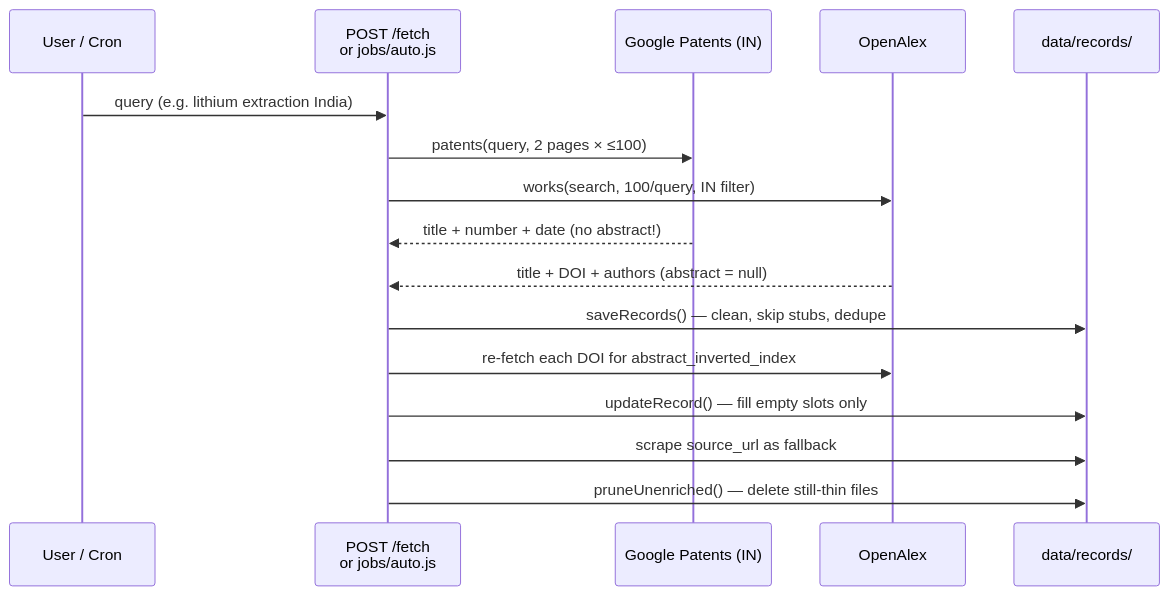
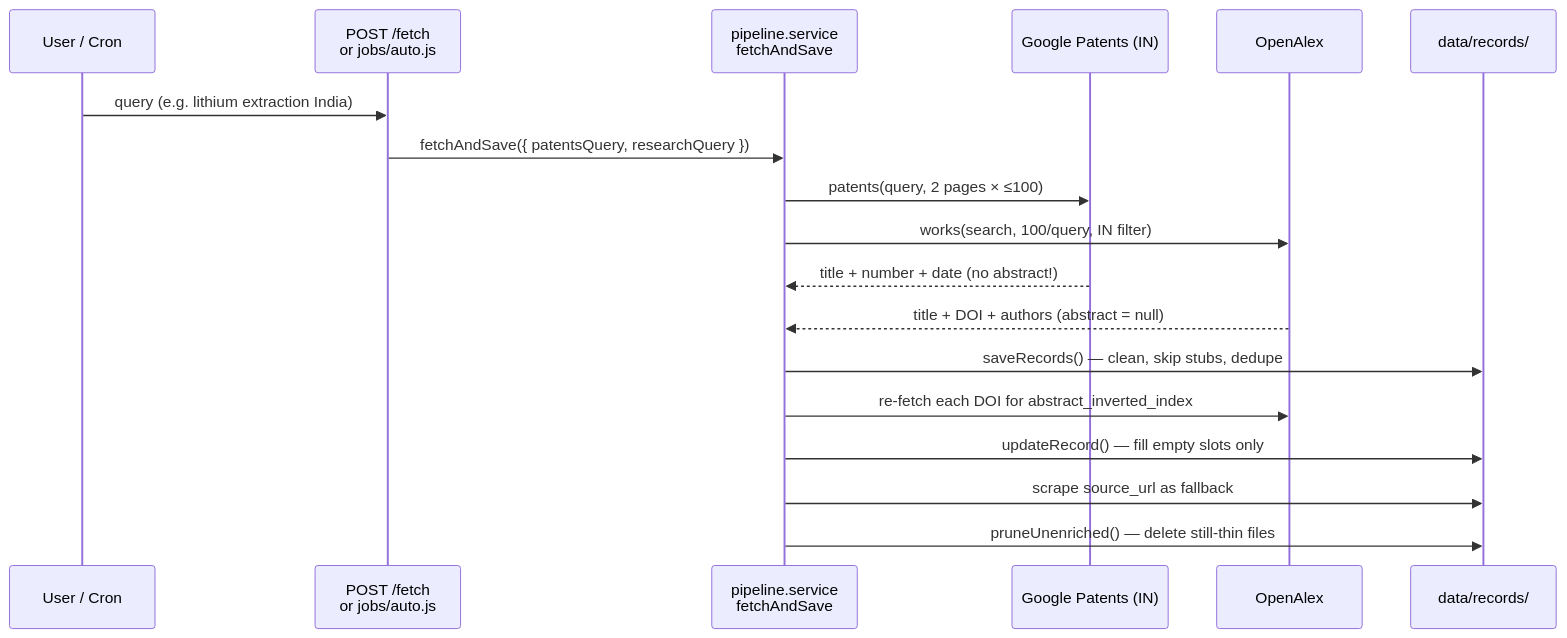
One commit to manishmandia133/Minerals changed the second of 4 diagrams in mineral_intel-node/README.md. Above: the diagram before and after it, drawn with Mermaid. The commit also changed other lines of this file and 11 other files, not shown here.

````diff
--- a/mineral_intel-node/README.md
+++ b/mineral_intel-node/README.md
@@ -50,18 +53,20 @@
 ```mermaid
 sequenceDiagram
     participant U as User / Cron
     participant S as POST /fetch<br/>or jobs/auto.js
+    participant PL as pipeline.service<br/>fetchAndSave
     participant P as Google Patents (IN)
     participant O as OpenAlex
     participant ST as data/records/
     U->>S: query (e.g. lithium extraction India)
-    S->>P: patents(query, 2 pages × ≤100)
-    S->>O: works(search, 100/query, IN filter)
-    P-->>S: title + number + date (no abstract!)
-    O-->>S: title + DOI + authors (abstract = null)
-    S->>ST: saveRecords() — clean, skip stubs, dedupe
-    S->>O: re-fetch each DOI for abstract_inverted_index
-    S->>ST: updateRecord() — fill empty slots only
-    S->>ST: scrape source_url as fallback
-    S->>ST: pruneUnenriched() — delete still-thin files
+    S->>PL: fetchAndSave({ patentsQuery, researchQuery })
+    PL->>P: patents(query, 2 pages × ≤100)
+    PL->>O: works(search, 100/query, IN filter)
+    P-->>PL: title + number + date (no abstract!)
+    O-->>PL: title + DOI + authors (abstract = null)
+    PL->>ST: saveRecords() — clean, skip stubs, dedupe
+    PL->>O: re-fetch each DOI for abstract_inverted_index
+    PL->>ST: updateRecord() — fill empty slots only
+    PL->>ST: scrape source_url as fallback
+    PL->>ST: pruneUnenriched() — delete still-thin files
 ```
````
